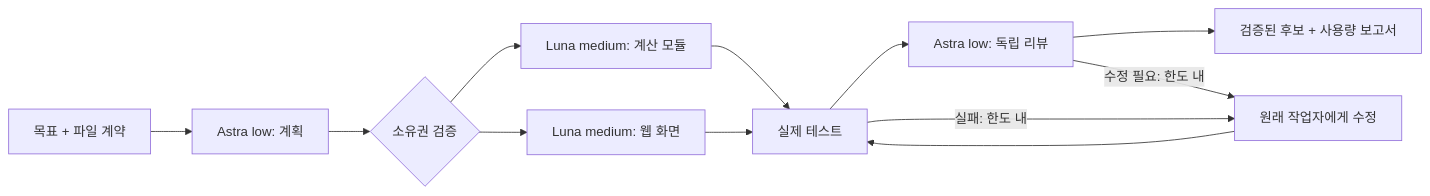
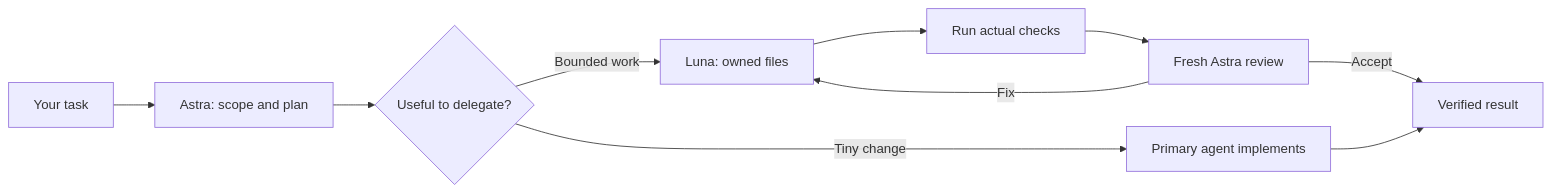
The diagram in README.md (shinjh0380/opus5.5-orchestrator), drawn with Mermaid before and after one commit. The commit also changed other lines of this file and 26 other files, not shown here.

````diff
--- a/README.md
+++ b/README.md
@@ -7,14 +20,12 @@
 ```mermaid
 flowchart LR
-  Goal[목표 + 파일 계약] --> Plan[Astra low: 계획]
-  Plan --> Gate{소유권 검증}
-  Gate --> W1[Luna medium: 계산 모듈]
-  Gate --> W2[Luna medium: 웹 화면]
-  W1 --> Test[실제 테스트]
-  W2 --> Test
-  Test --> Review[Astra low: 독립 리뷰]
-  Review --> Candidate[검증된 후보 + 사용량 보고서]
-  Test -->|실패: 한도 내| Repair[원래 작업자에게 수정]
-  Review -->|수정 필요: 한도 내| Repair
-  Repair --> Test
+  Goal[Your task] --> Plan[Astra: scope and plan]
+  Plan --> Route{Useful to delegate?}
+  Route -->|Tiny change| Solo[Primary agent implements]
+  Route -->|Bounded work| Luna[Luna: owned files]
+  Luna --> Checks[Run actual checks]
+  Checks --> Review[Fresh Astra review]
+  Review -->|Accept| Done[Verified result]
+  Review -->|Fix| Luna
+  Solo --> Done
 ```
````
